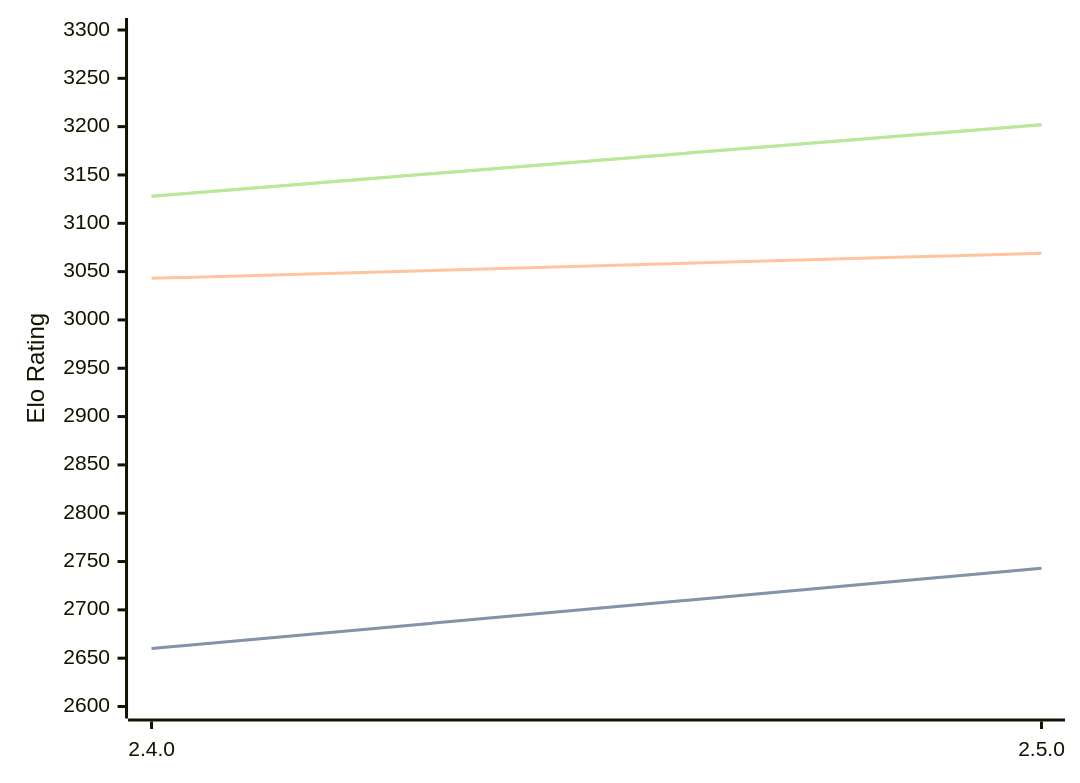
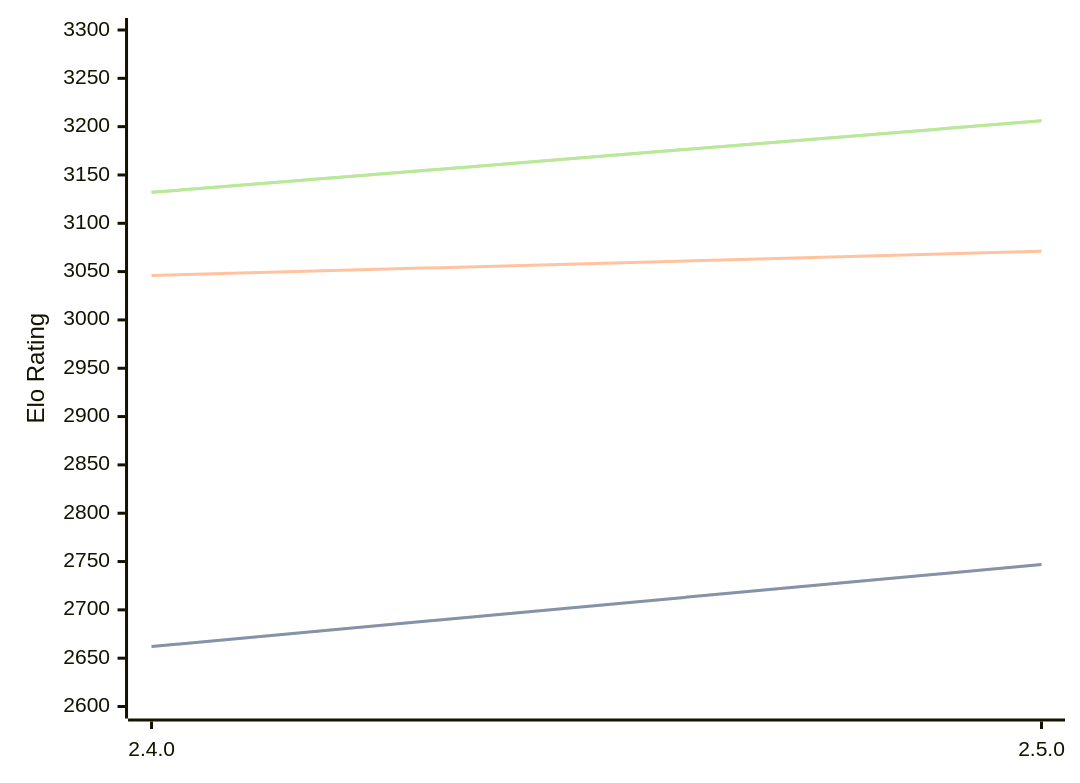
The diagram in engines/Sturddle2.md (computer-chess-index/cci), drawn with Mermaid before and after one commit. The commit also changed other lines of this file, not shown here.

Commit message:
Update CCI Ratings (ELO VLTC) - 2026-04-30

````diff
--- a/engines/Sturddle2.md
+++ b/engines/Sturddle2.md
@@ -37,11 +37,11 @@
 ```mermaid
 %%{init: {"theme":"base","themeVariables":{"seriesColors:['#a3a3a3','#222221','#faa371']}}}%%
 xychart-beta
   x-axis ["2.4.0", "2.5.0"]
   y-axis "Elo Rating" 2600 --> 3300
-  line "STC (8.0+0.08s)" [2660, 2743]
-  line "STC (8.0+0.08s)" [2660, 2743]
-  line "LTC (60.0+0.60s)" [3043, 3069]
-  line "VLTC (2m24s+1.12s)" [3128, 3202]
-  line "VLTC (2m24s+1.12s)" [3128, 3202]
+  line "STC (8.0+0.08s)" [2662, 2747]
+  line "STC (8.0+0.08s)" [2662, 2747]
+  line "LTC (60.0+0.60s)" [3046, 3071]
+  line "VLTC (2m24s+1.12s)" [3132, 3206]
+  line "VLTC (2m24s+1.12s)" [3132, 3206]
 ```
````
